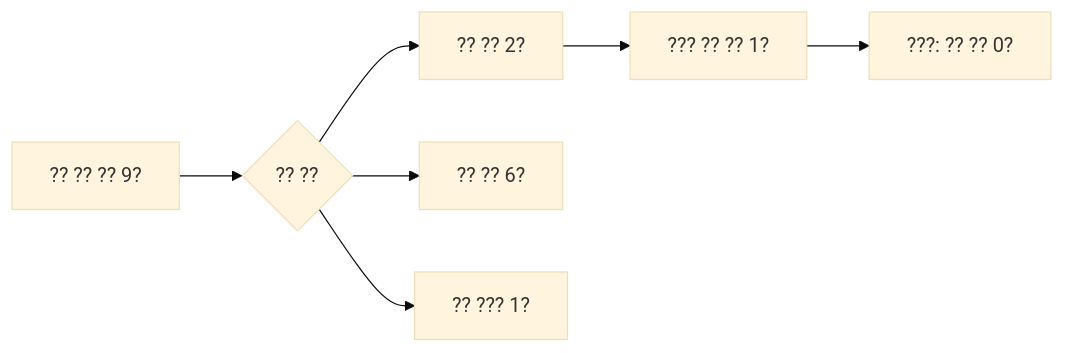
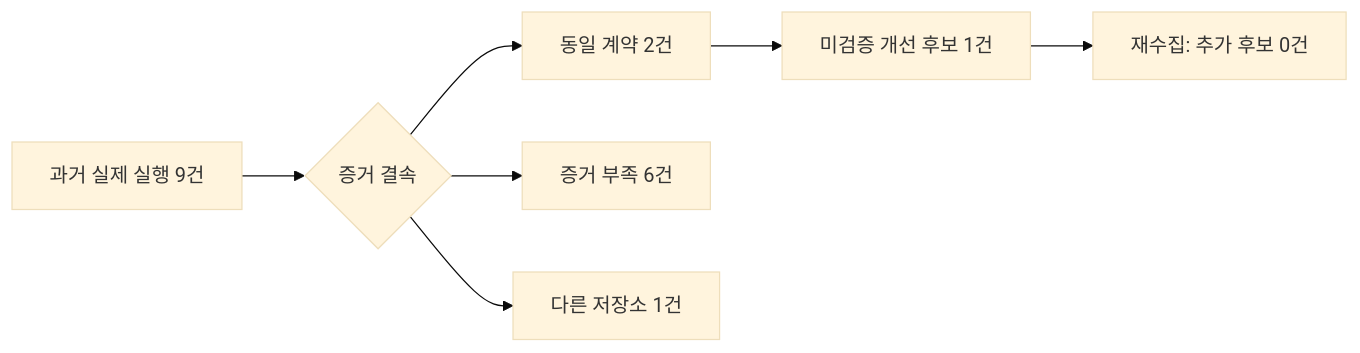
The diagram in docs/zeus/operations/self-improvement-reference-001/DECISION-FEEDBACK-OWNER.md (trevi00/zeus), drawn with Mermaid (base theme) before and after one commit. The commit also changed other lines of this file and 1 other file, not shown here.

````diff
--- a/docs/zeus/operations/self-improvement-reference-001/DECISION-FEEDBACK-OWNER.md
+++ b/docs/zeus/operations/self-improvement-reference-001/DECISION-FEEDBACK-OWNER.md
@@ -5,9 +12,9 @@
 ```mermaid
 flowchart LR
-    A[?? ?? ?? 9?] --> B{?? ??}
-    B --> C[?? ?? 2?]
-    B --> D[?? ?? 6?]
-    B --> E[?? ??? 1?]
-    C --> F[??? ?? ?? 1?]
-    F --> G[???: ?? ?? 0?]
+    A[과거 실제 실행 9건] --> B{증거 결속}
+    B --> C[동일 계약 2건]
+    B --> D[증거 부족 6건]
+    B --> E[다른 저장소 1건]
+    C --> F[미검증 개선 후보 1건]
+    F --> G[재수집: 추가 후보 0건]
 ```
````
